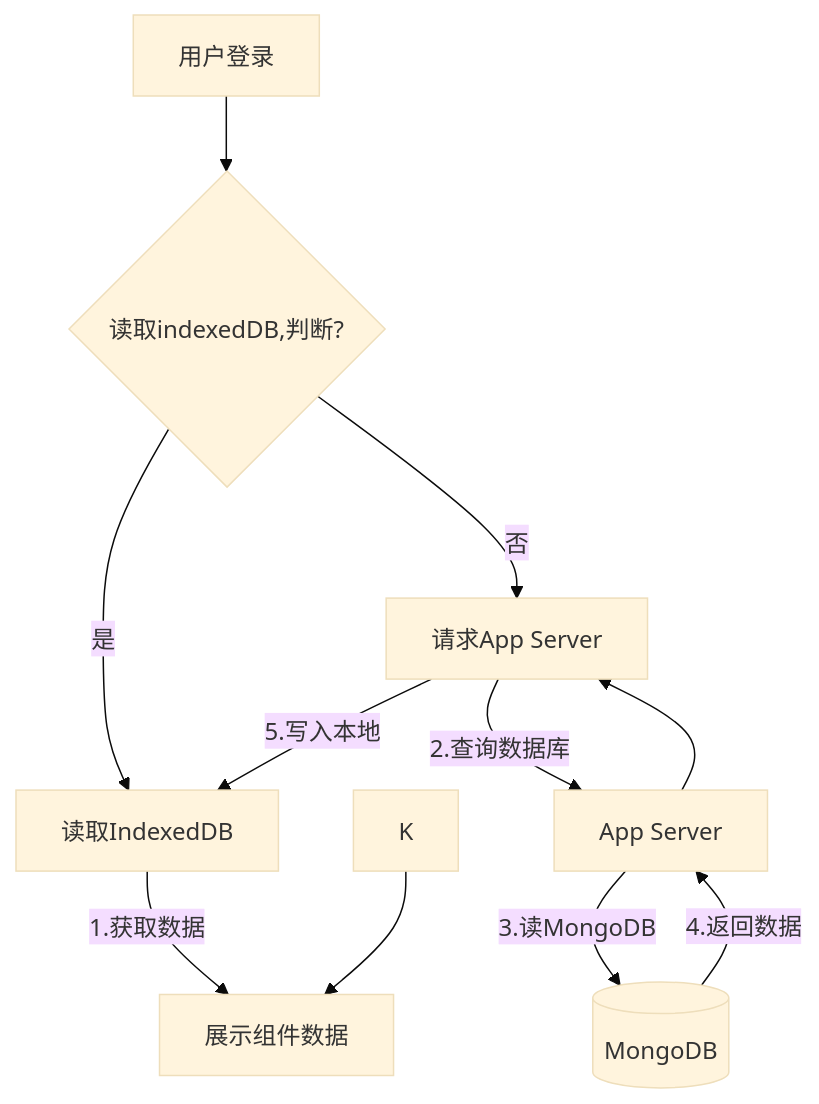
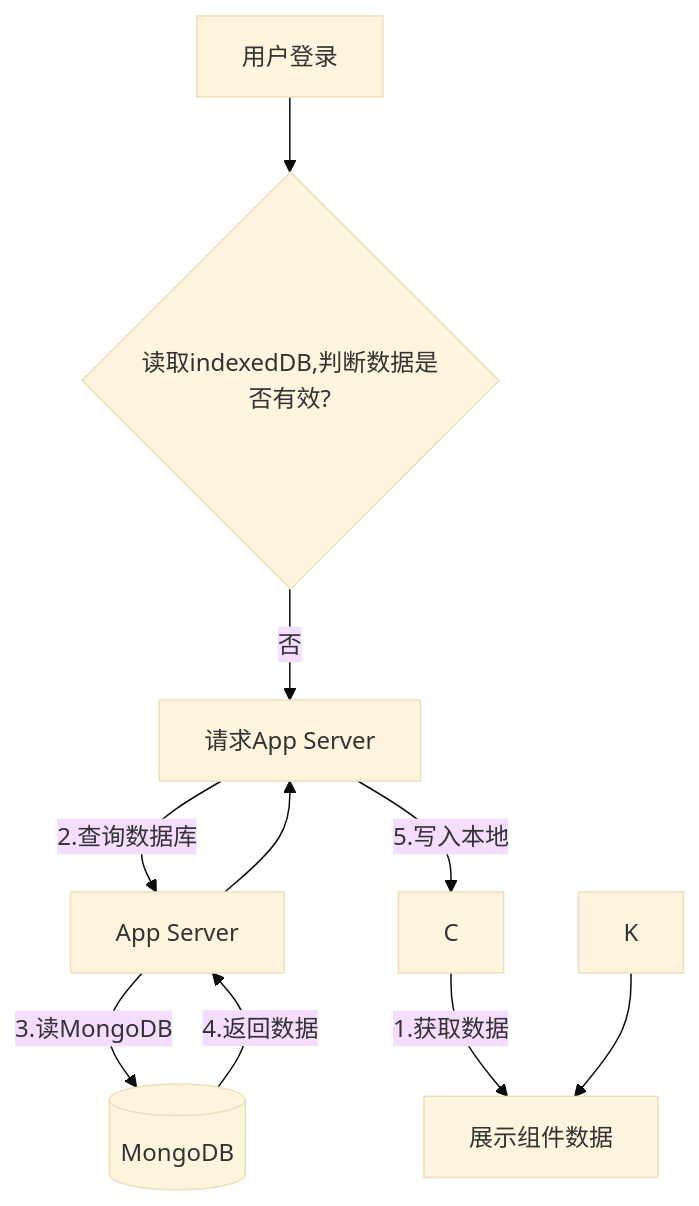
One commit to yingjianzh/iodraw-files changed the diagram in all/未命名-22.md. Above: the diagram before and after it, drawn with Mermaid (base theme).

Commit message:
2025-02-18 16:07:38 update

````diff
--- a/all/未命名-22.md
+++ b/all/未命名-22.md
@@ -1,12 +1,12 @@
 ```mermaid
 graph TD
-    A[用户登录] --> B{读取indexedDB,判断?}
-    B -->|是| C[读取IndexedDB]
+    A[用户登录] --> B{读取indexedDB,判断数据是否有效?}
+    
     B -->|否| D[请求App Server]
     C -->|1.获取数据| E[展示组件数据]
     D -->|2.查询数据库| F[App Server]
     F -->|3.读MongoDB| G[(MongoDB)]
     G -->|4.返回数据| F --> D
     D -->|5.写入本地| C
     K --> E
 ```
````
